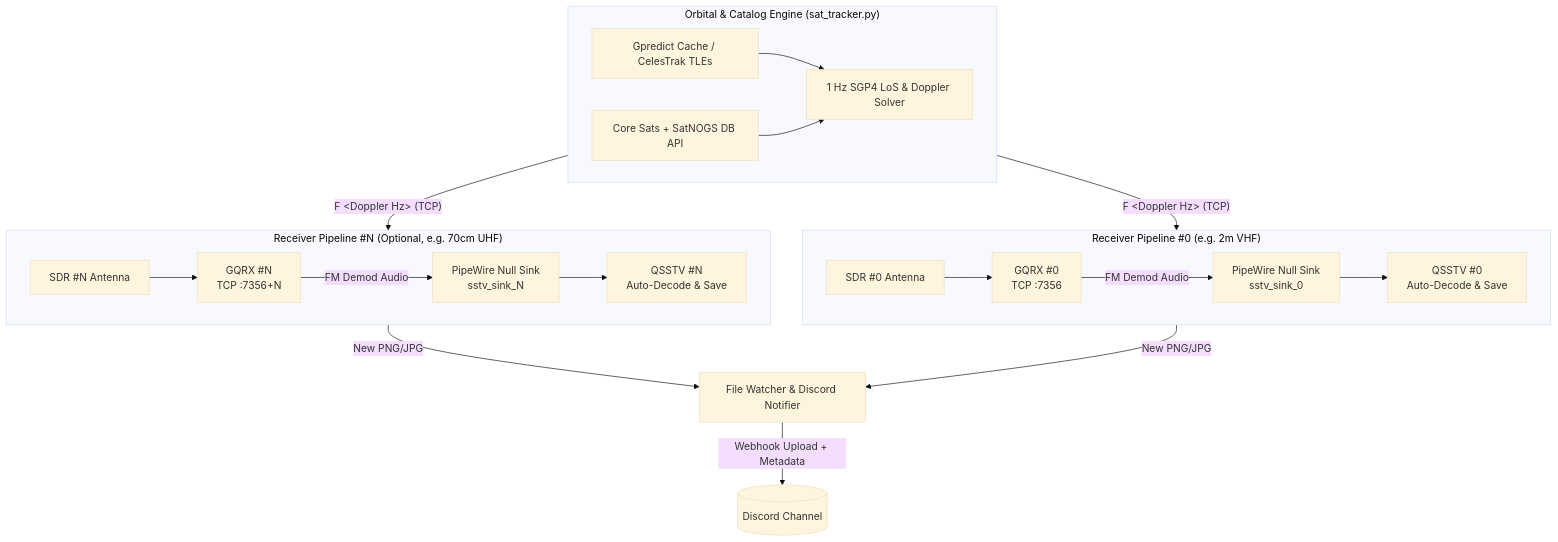
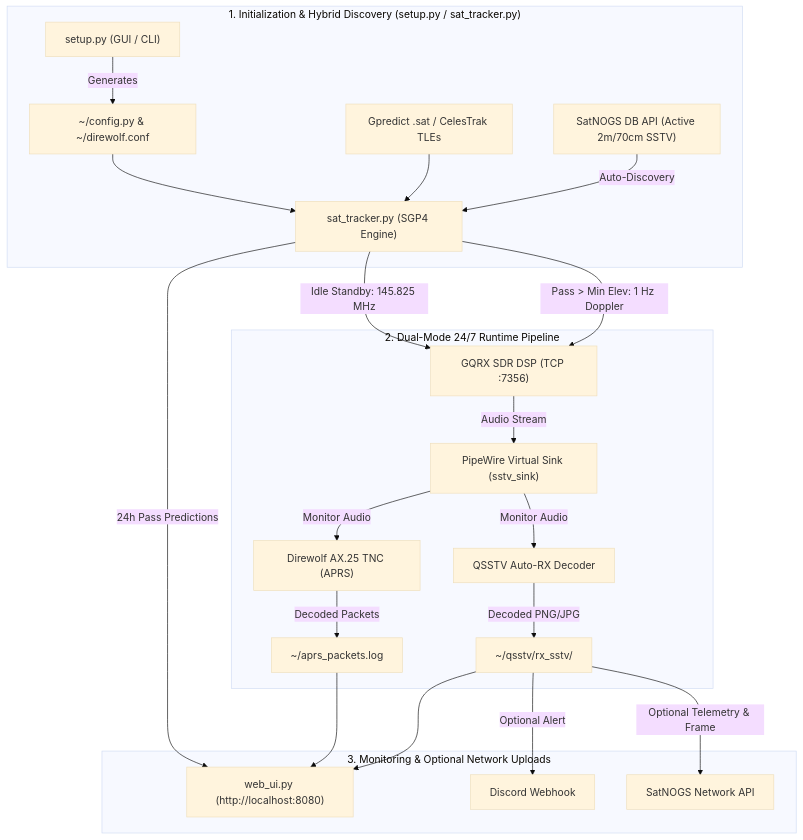
One commit to Stavros/auto-sstv-station changed the second of 2 diagrams in README.md. Above: the diagram before and after it, drawn with Mermaid (base theme).

Commit message:
Update Mermaid architecture diagram with SatNOGS Network API, Direwolf APRS, and web_ui.py

````diff
--- a/README.md
+++ b/README.md
@@ -27,29 +27,27 @@
 ```mermaid
-flowchart TB
-    subgraph Orbital["Orbital & Catalog Engine (sat_tracker.py)"]
-        direction LR
-        TLE[Gpredict Cache / CelesTrak TLEs] --> SGP4[1 Hz SGP4 LoS & Doppler Solver]
-        CAT[Core Sats + SatNOGS DB API] --> SGP4
+flowchart TD
+    subgraph Init["1. Initialization & Hybrid Discovery (setup.py / sat_tracker.py)"]
+        A["setup.py (GUI / CLI)"] -->|Generates| B["~/config.py & ~/direwolf.conf"]
+        C["SatNOGS DB API (Active 2m/70cm SSTV)"] -->|Auto-Discovery| D["sat_tracker.py (SGP4 Engine)"]
+        E["Gpredict .sat / CelesTrak TLEs"] --> D
+        B --> D
     end
 
-    subgraph SDR0["Receiver Pipeline #0 (e.g. 2m VHF)"]
-        direction LR
-        HW0[SDR #0 Antenna] --> GQRX0[GQRX #0<br/>TCP :7356]
-        GQRX0 -->|FM Demod Audio| PW0[PipeWire Null Sink<br/>sstv_sink_0]
-        PW0 --> QSSTV0[QSSTV #0<br/>Auto-Decode & Save]
+    subgraph Runtime["2. Dual-Mode 24/7 Runtime Pipeline"]
+        D -->|Pass > Min Elev: 1 Hz Doppler| F["GQRX SDR DSP (TCP :7356)"]
+        D -->|Idle Standby: 145.825 MHz| F
+        F -->|Audio Stream| G["PipeWire Virtual Sink (sstv_sink)"]
+        G -->|Monitor Audio| H["QSSTV Auto-RX Decoder"]
+        G -->|Monitor Audio| I["Direwolf AX.25 TNC (APRS)"]
+        H -->|Decoded PNG/JPG| J["~/qsstv/rx_sstv/"]
+        I -->|Decoded Packets| K["~/aprs_packets.log"]
     end
 
-    subgraph SDR1["Receiver Pipeline #N (Optional, e.g. 70cm UHF)"]
-        direction LR
-        HW1[SDR #N Antenna] --> GQRX1[GQRX #N<br/>TCP :7356+N]
-        GQRX1 -->|FM Demod Audio| PW1[PipeWire Null Sink<br/>sstv_sink_N]
-        PW1 --> QSSTV1[QSSTV #N<br/>Auto-Decode & Save]
+    subgraph Outputs["3. Monitoring & Optional Network Uploads"]
+        J --> L["web_ui.py (http://localhost:8080)"]
+        K --> L
+        D -->|24h Pass Predictions| L
+        J -->|Optional Alert| M["Discord Webhook"]
+        J -->|Optional Telemetry & Frame| N["SatNOGS Network API"]
     end
-
-    SGP4 -->|"F &lt;Doppler Hz&gt; (TCP)"| GQRX0
-    SGP4 -->|"F &lt;Doppler Hz&gt; (TCP)"| GQRX1
-
-    QSSTV0 -->|New PNG/JPG| WATCH[File Watcher & Discord Notifier]
-    QSSTV1 -->|New PNG/JPG| WATCH
-    WATCH -->|Webhook Upload + Metadata| DISC[(Discord Channel)]
 ```
````
